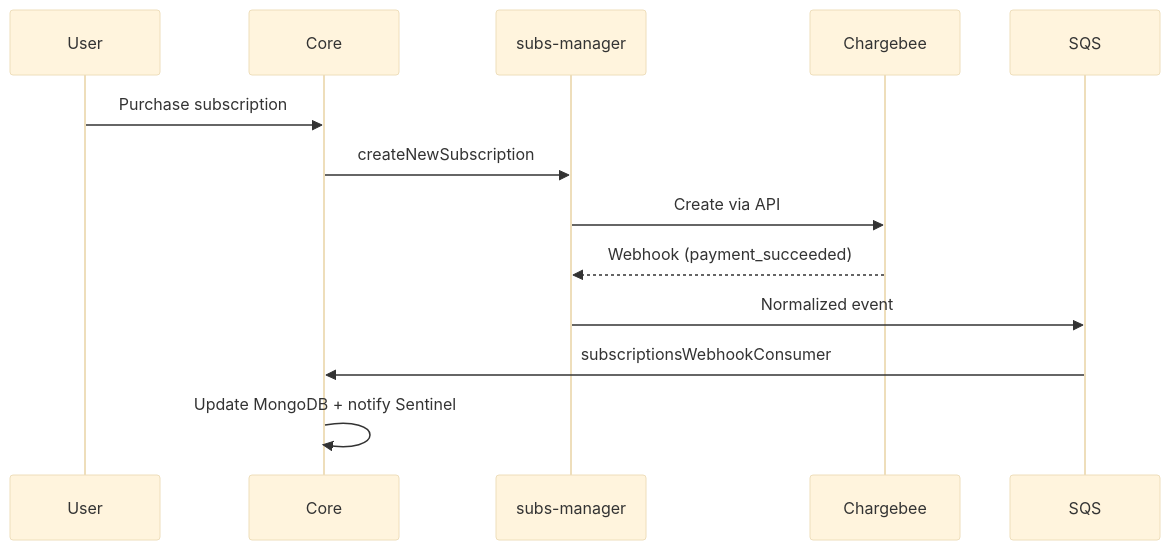
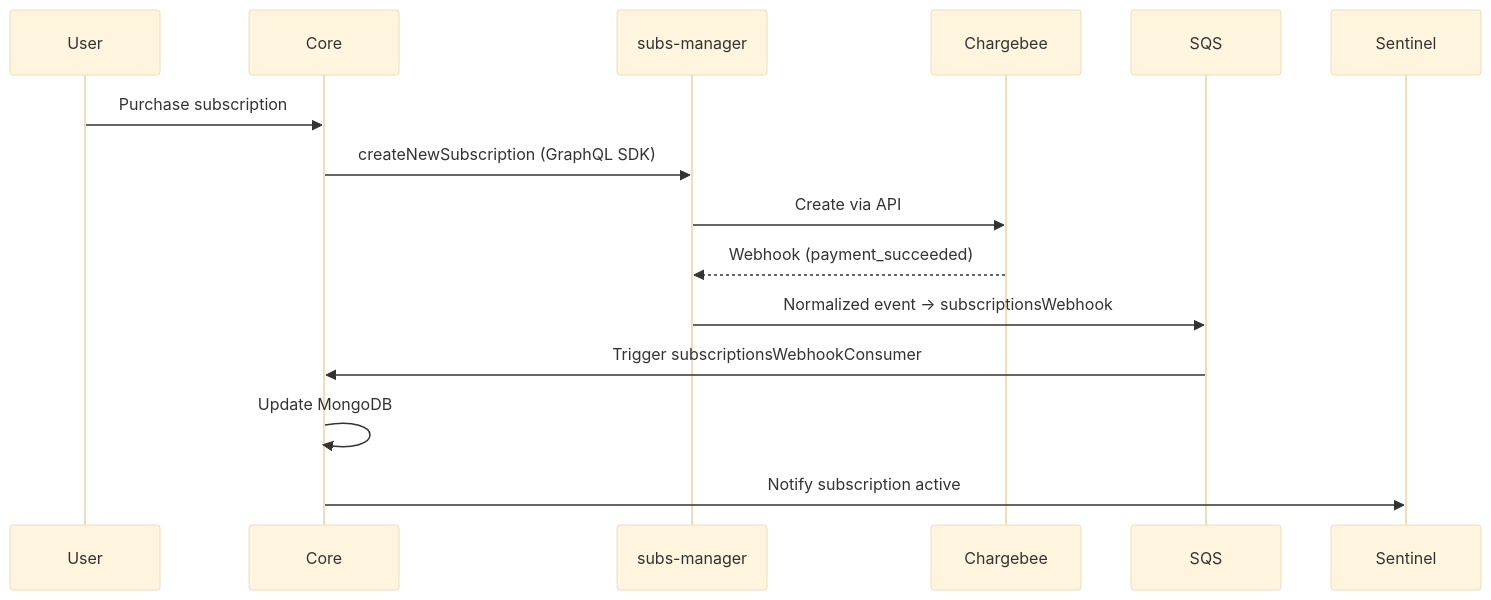
The fourth of 7 diagrams in AGENTS.md (DatamarsSA/petlink-everywhere-test), drawn with Mermaid (base theme) before and after one commit. The commit also changed other lines of this file and 10 other files, not shown here.

````diff
--- a/AGENTS.md
+++ b/AGENTS.md
@@ -160,16 +158,17 @@
 ```mermaid
 sequenceDiagram
     participant User
     participant Core
     participant SubsMgr as subs-manager
     participant Chargebee
     participant SQS
 
     User->>Core: Purchase subscription
-    Core->>SubsMgr: createNewSubscription
+    Core->>SubsMgr: createNewSubscription (GraphQL SDK)
     SubsMgr->>Chargebee: Create via API
     Chargebee-->>SubsMgr: Webhook (payment_succeeded)
-    SubsMgr->>SQS: Normalized event
-    SQS->>Core: subscriptionsWebhookConsumer
-    Core->>Core: Update MongoDB + notify Sentinel
+    SubsMgr->>SQS: Normalized event -> subscriptionsWebhook
+    SQS->>Core: Trigger subscriptionsWebhookConsumer
+    Core->>Core: Update MongoDB
+    Core->>Sentinel: Notify subscription active
 ```
````
